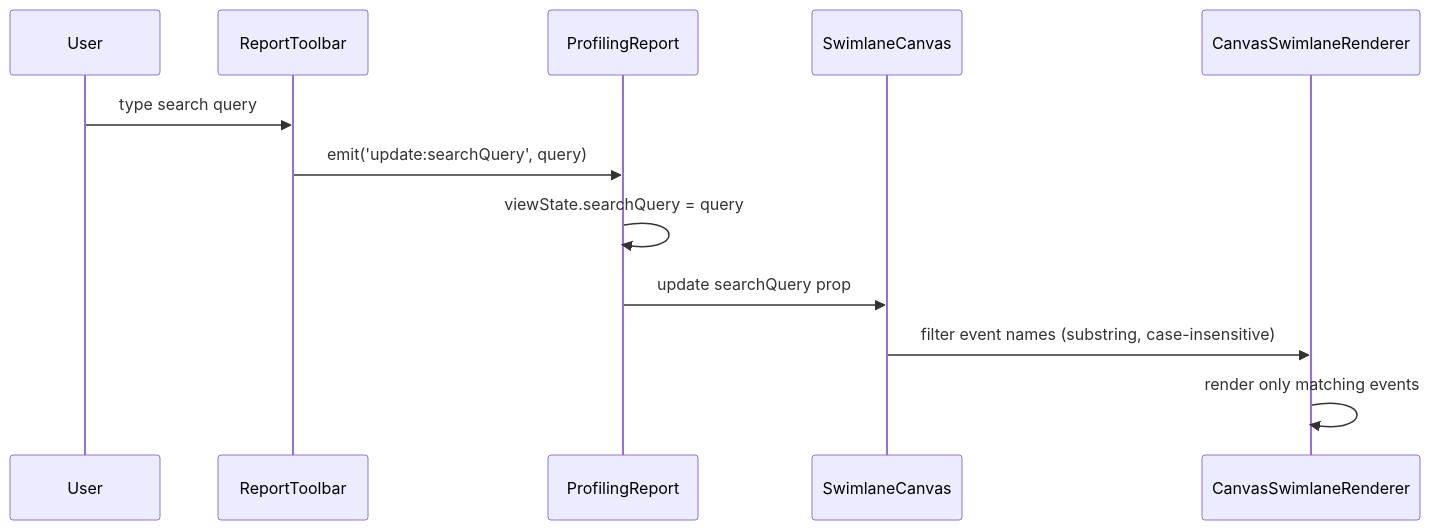
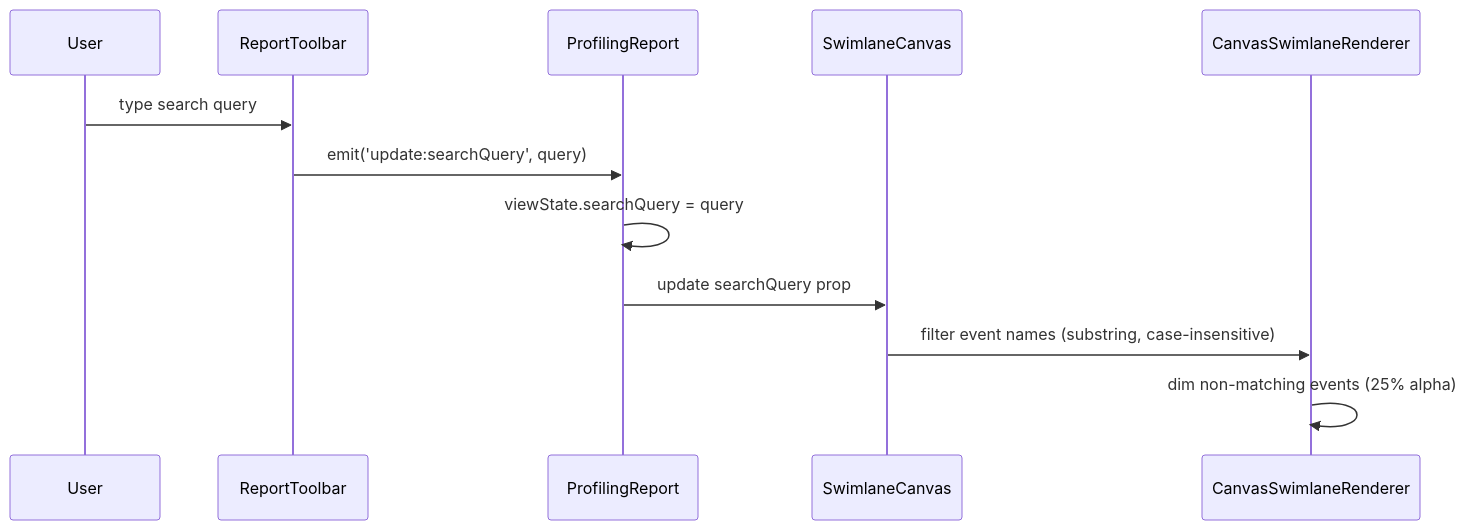
Before and after one commit to IdeFrontend/profiling-report: the fourth of 5 diagrams in src/ui/ProfilingReport/ProfilingReport.spec.md, drawn with Mermaid. The commit also changed other lines of this file and 13 other files, not shown here.

````diff
--- a/src/ui/ProfilingReport/ProfilingReport.spec.md
+++ b/src/ui/ProfilingReport/ProfilingReport.spec.md
@@ -94,15 +94,15 @@
 ```mermaid
 sequenceDiagram
     participant User
     participant Toolbar as ReportToolbar
     participant Root as ProfilingReport
     participant Canvas as SwimlaneCanvas
     participant Renderer as CanvasSwimlaneRenderer
 
     User->>Toolbar: type search query
     Toolbar->>Root: emit('update:searchQuery', query)
     Root->>Root: viewState.searchQuery = query
     Root->>Canvas: update searchQuery prop
     Canvas->>Renderer: filter event names (substring, case-insensitive)
-    Renderer->>Renderer: render only matching events
+    Renderer->>Renderer: dim non-matching events (25% alpha)
 ```
````
